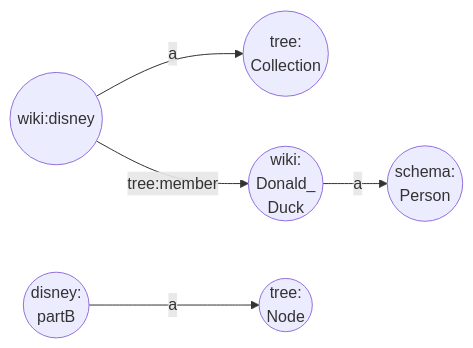
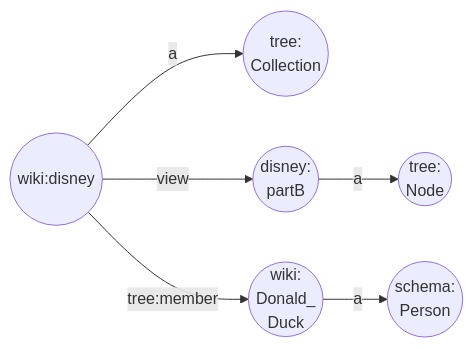
Before and after one commit to rorlic/ldes-docs: the fourth of 5 diagrams in step-by-step/F-tree-partitioning.md, drawn with Mermaid. The commit also changed other lines of this file and 1 other file, not shown here.

Commit message:
chore: clarify tree:view, tree:viewDescription and search forms

````diff
--- a/step-by-step/F-tree-partitioning.md
+++ b/step-by-step/F-tree-partitioning.md
@@ -117,19 +117,20 @@
 ```mermaid
 flowchart LR
     disney((wiki:disney))
     collection(("`tree:
     Collection`"))
     donald(("`wiki:
     Donald_
     Duck`"))
     partB(("`disney:
     partB`"))
     node(("`tree:
     Node`"))
     person(("`schema:
     Person`"))
     disney -- a --> collection
+    disney -- view --> partB
     partB -- a --> node
     disney -- tree:member --> donald
     donald -- a --> person
 ```
````
